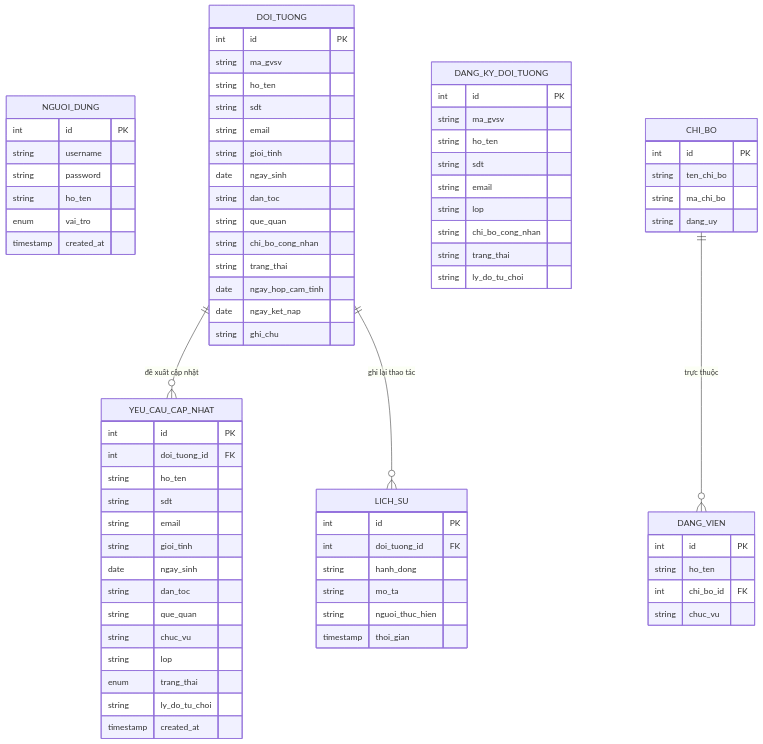
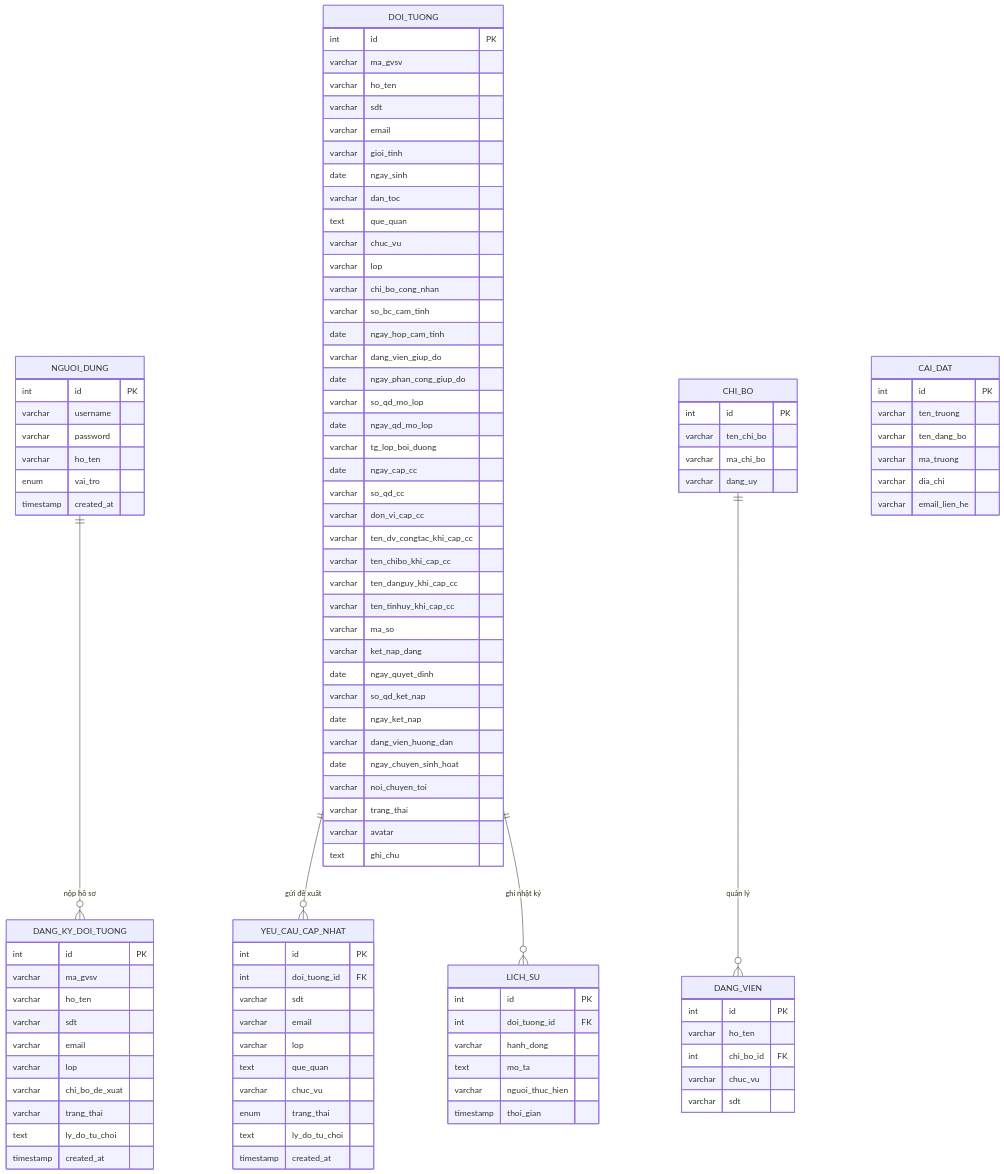
The sixth of 6 diagrams in chitiet.md (Datdajt03/QLQTUT-Dang), drawn with Mermaid before and after one commit. The commit also changed other lines of this file, not shown here.

Commit message:
Docs: completely rewrite chitiet.md - comprehensive system analysis report with full UI descriptions, 35-column data dictionary, 4 diagrams, architecture overview, results table

````diff
--- a/chitiet.md
+++ b/chitiet.md
@@ -207,77 +412,107 @@
 erDiagram
     NGUOI_DUNG {
         int id PK
-        string username
-        string password
-        string ho_ten
+        varchar username
+        varchar password
+        varchar ho_ten
         enum vai_tro
         timestamp created_at
     }
     DOI_TUONG {
         int id PK
-        string ma_gvsv
-        string ho_ten
-        string sdt
-        string email
-        string gioi_tinh
+        varchar ma_gvsv
+        varchar ho_ten
+        varchar sdt
+        varchar email
+        varchar gioi_tinh
         date ngay_sinh
-        string dan_toc
-        string que_quan
-        string chi_bo_cong_nhan
-        string trang_thai
+        varchar dan_toc
+        text que_quan
+        varchar chuc_vu
+        varchar lop
+        varchar chi_bo_cong_nhan
+        varchar so_bc_cam_tinh
         date ngay_hop_cam_tinh
+        varchar dang_vien_giup_do
+        date ngay_phan_cong_giup_do
+        varchar so_qd_mo_lop
+        date ngay_qd_mo_lop
+        varchar tg_lop_boi_duong
+        date ngay_cap_cc
+        varchar so_qd_cc
+        varchar don_vi_cap_cc
+        varchar ten_dv_congtac_khi_cap_cc
+        varchar ten_chibo_khi_cap_cc
+        varchar ten_danguy_khi_cap_cc
+        varchar ten_tinhuy_khi_cap_cc
+        varchar ma_so
+        varchar ket_nap_dang
+        date ngay_quyet_dinh
+        varchar so_qd_ket_nap
         date ngay_ket_nap
-        string ghi_chu
+        varchar dang_vien_huong_dan
+        date ngay_chuyen_sinh_hoat
+        varchar noi_chuyen_toi
+        varchar trang_thai
+        varchar avatar
+        text ghi_chu
     }
     DANG_KY_DOI_TUONG {
         int id PK
-        string ma_gvsv
-        string ho_ten
-        string sdt
-        string email
-        string lop
-        string chi_bo_cong_nhan
-        string trang_thai
-        string ly_do_tu_choi
+        varchar ma_gvsv
+        varchar ho_ten
+        varchar sdt
+        varchar email
+        varchar lop
+        varchar chi_bo_de_xuat
+        varchar trang_thai
+        text ly_do_tu_choi
+        timestamp created_at
     }
     YEU_CAU_CAP_NHAT {
         int id PK
         int doi_tuong_id FK
-        string ho_ten
-        string sdt
-        string email
-        string gioi_tinh
-        date ngay_sinh
-        string dan_toc
-        string que_quan
-        string chuc_vu
-        string lop
+        varchar sdt
+        varchar email
+        varchar lop
+        text que_quan
+        varchar chuc_vu
         enum trang_thai
-        string ly_do_tu_choi
+        text ly_do_tu_choi
         timestamp created_at
     }
     CHI_BO {
         int id PK
-        string ten_chi_bo
-        string ma_chi_bo
-        string dang_uy
+        varchar ten_chi_bo
+        varchar ma_chi_bo
+        varchar dang_uy
     }
     DANG_VIEN {
         int id PK
-        string ho_ten
+        varchar ho_ten
         int chi_bo_id FK
-        string chuc_vu
+        varchar chuc_vu
+        varchar sdt
     }
     LICH_SU {
         int id PK
         int doi_tuong_id FK
-        string hanh_dong
-        string mo_ta
-        string nguoi_thuc_hien
+        varchar hanh_dong
+        text mo_ta
+        varchar nguoi_thuc_hien
         timestamp thoi_gian
     }
+    CAI_DAT {
+        int id PK
+        varchar ten_truong
+        varchar ten_dang_bo
+        varchar ma_truong
+        varchar dia_chi
+        varchar email_lien_he
+    }
 
-    DOI_TUONG ||--o{ YEU_CAU_CAP_NHAT : "đề xuất cập nhật"
-    CHI_BO ||--o{ DANG_VIEN : "trực thuộc"
-    DOI_TUONG ||--o{ LICH_SU : "ghi lại thao tác"
+    DOI_TUONG ||--o{ YEU_CAU_CAP_NHAT : "gửi đề xuất"
+    DOI_TUONG ||--o{ LICH_SU : "ghi nhật ký"
+    CHI_BO ||--o{ DANG_VIEN : "quản lý"
+    NGUOI_DUNG ||--o{ DANG_KY_DOI_TUONG : "nộp hồ sơ"
 ```
````
